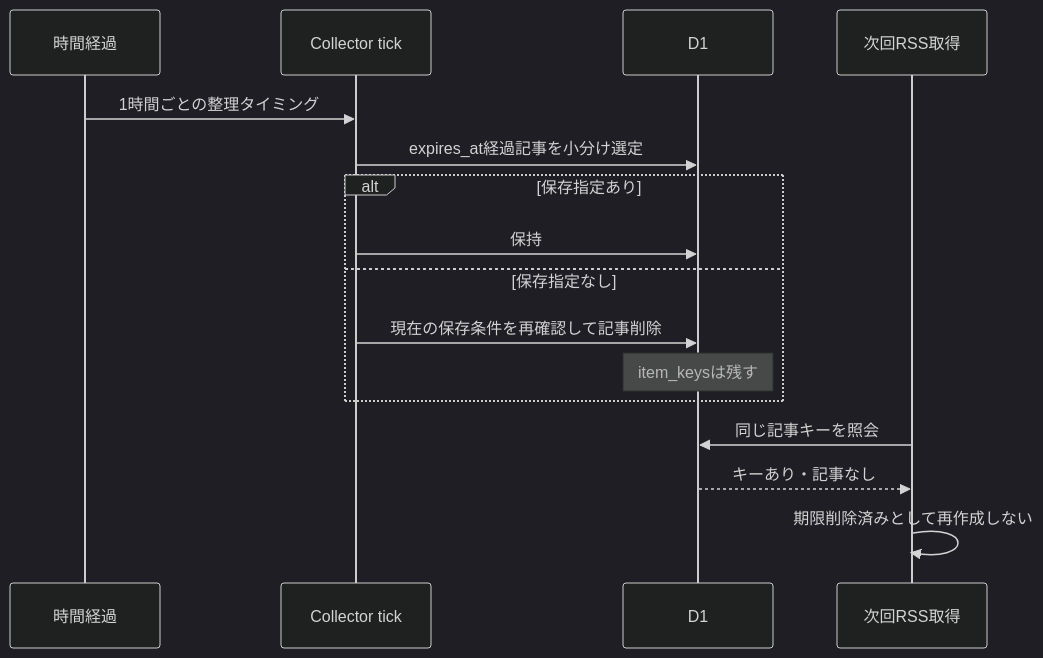
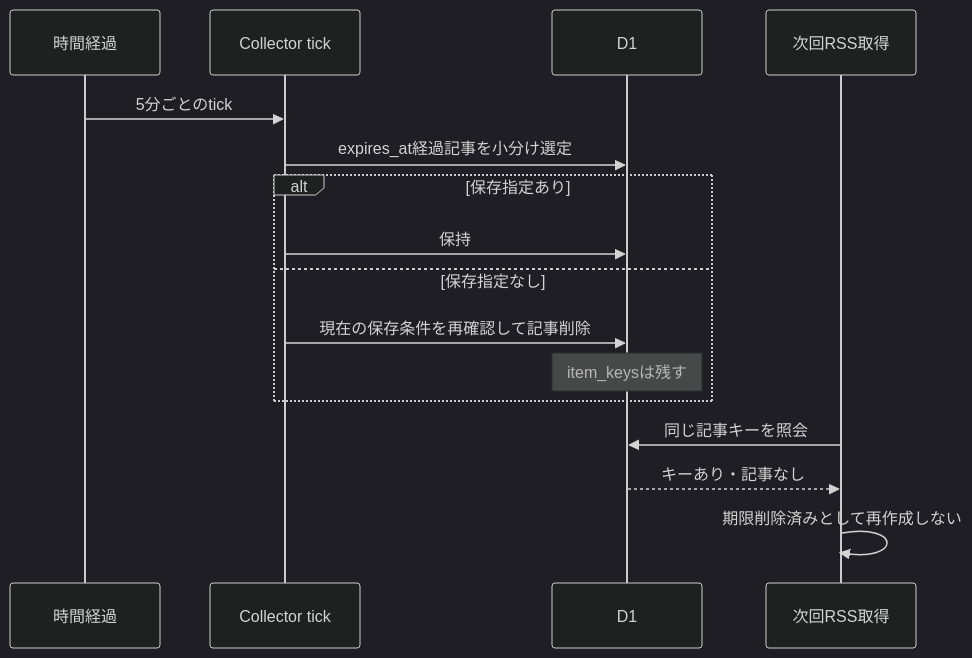
Before and after one commit to moz-sec/tayori: the fourth of 4 diagrams in docs/06-sequences.md, drawn with Mermaid (dark theme). The commit also changed other lines of this file and 42 other files, not shown here.

````diff
--- a/docs/06-sequences.md
+++ b/docs/06-sequences.md
@@ -114,18 +114,18 @@
 ```mermaid
 sequenceDiagram
     participant T as 時間経過
     participant W as Collector tick
     participant D as D1
     participant F as 次回RSS取得
-    T->>W: 1時間ごとの整理タイミング
+    T->>W: 5分ごとのtick
     W->>D: expires_at経過記事を小分け選定
     alt 保存指定あり
         W->>D: 保持
     else 保存指定なし
         W->>D: 現在の保存条件を再確認して記事削除
         Note over D: item_keysは残す
     end
     F->>D: 同じ記事キーを照会
     D-->>F: キーあり・記事なし
     F->>F: 期限削除済みとして再作成しない
 ```
````
